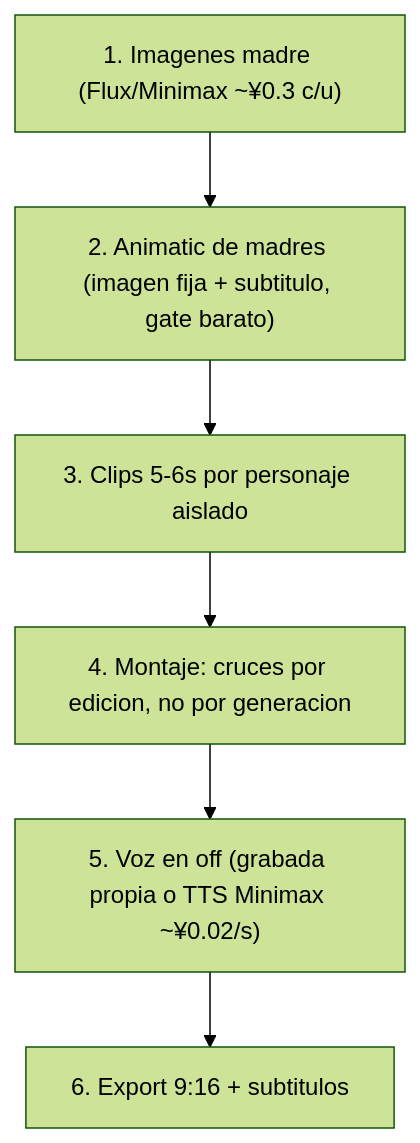
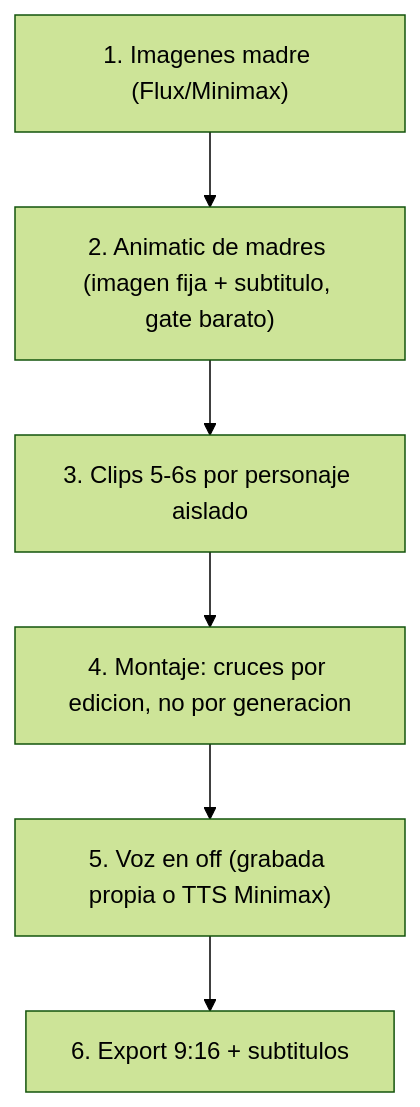
One commit to jorgeeferreyra/entorno_audiovisual_creativo changed the diagram in metodo/pipeline.md. Above: the diagram before and after it, drawn with Mermaid (forest theme). The commit also changed other lines of this file and 7 other files, not shown here.

````diff
--- a/metodo/pipeline.md
+++ b/metodo/pipeline.md
@@ -18,8 +19,8 @@
 ```mermaid
 flowchart TD
-    A["1. Imagenes madre (Flux/Minimax ~¥0.3 c/u)"] --> A2["2. Animatic de madres (imagen fija + subtitulo, gate barato)"]
+    A["1. Imagenes madre (Flux/Minimax)"] --> A2["2. Animatic de madres (imagen fija + subtitulo, gate barato)"]
     A2 --> B["3. Clips 5-6s por personaje aislado"]
     B --> C["4. Montaje: cruces por edicion, no por generacion"]
-    C --> D["5. Voz en off (grabada propia o TTS Minimax ~¥0.02/s)"]
+    C --> D["5. Voz en off (grabada propia o TTS Minimax)"]
     D --> E["6. Export 9:16 + subtitulos"]
 ```
````
